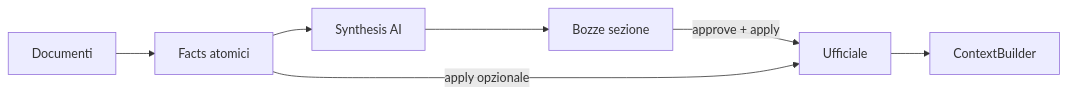
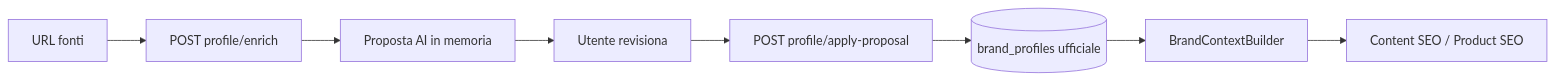
Before and after one commit to Rccard92/growth-control-room: the diagram in docs/brand-intelligence.md, drawn with Mermaid. The commit also changed other lines of this file and 54 other files, not shown here.

Commit message:
Reset Brand Intelligence to Brand Profile v1

````diff
--- a/docs/brand-intelligence.md
+++ b/docs/brand-intelligence.md
@@ -45,9 +14,10 @@
 ```mermaid
 flowchart LR
-  Docs[Documenti] --> Facts[Facts atomici]
-  Facts --> Synth[Synthesis AI]
-  Synth --> Drafts[Bozze sezione]
-  Drafts -->|approve + apply| Official[Ufficiale]
-  Facts -->|apply opzionale| Official
-  Official --> CTX[ContextBuilder]
+  Fonti[URL fonti] --> Enrich[POST profile/enrich]
+  Enrich --> Preview[Proposta AI in memoria]
+  Preview --> Review[Utente revisiona]
+  Review --> Apply[POST profile/apply-proposal]
+  Apply --> Official[(brand_profiles ufficiale)]
+  Official --> CTX[BrandContextBuilder]
+  CTX --> SEO[Content SEO / Product SEO]
 ```
````
